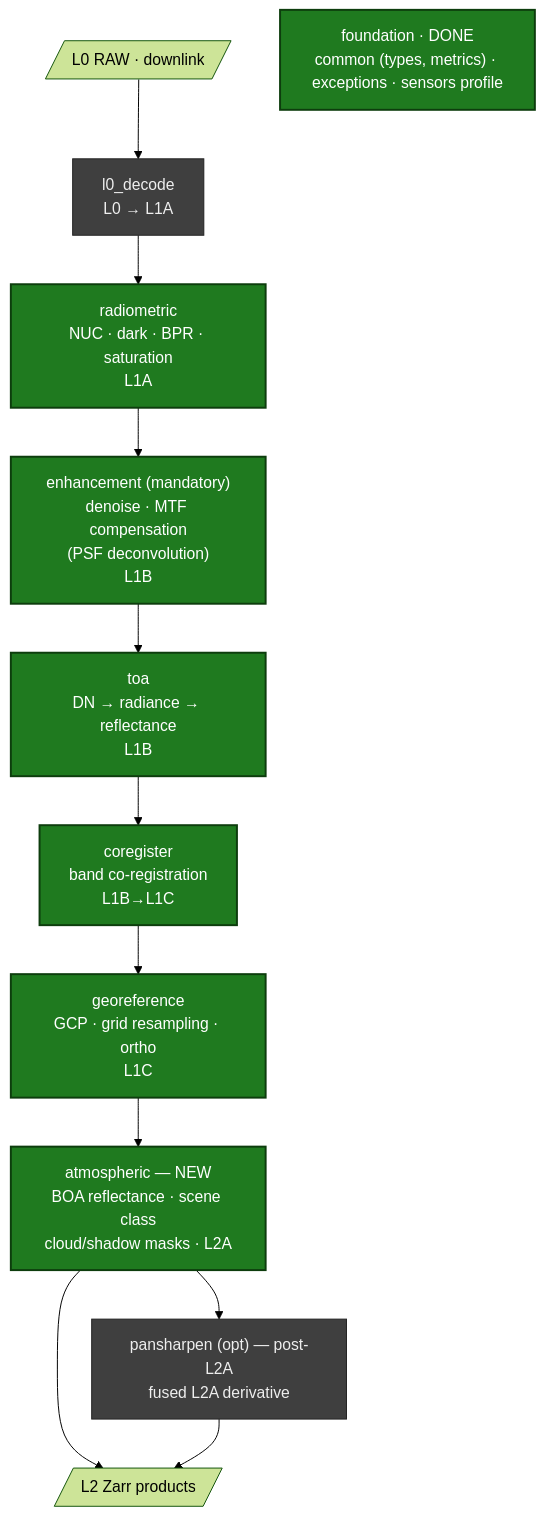
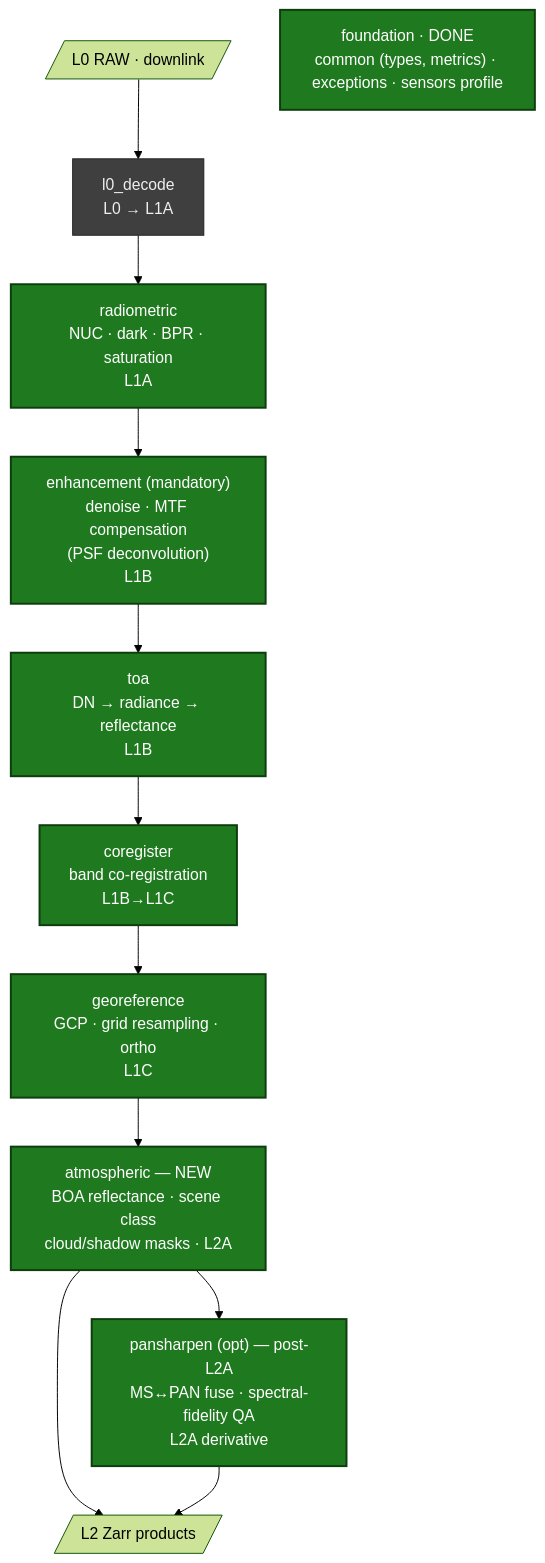
One commit to AstroCan17/msi-processor changed the diagram in README.md. Above: the diagram before and after it, drawn with Mermaid (forest theme). The commit also changed other lines of this file and 8 other files, not shown here.

````diff
--- a/README.md
+++ b/README.md
@@ -30,18 +30,18 @@
 ```mermaid
 flowchart TD
     RAW[/"L0 RAW · downlink"/] --> L0["l0_decode<br/>L0 → L1A"]:::todo
     L0 --> RAD["radiometric<br/>NUC · dark · BPR · saturation<br/>L1A"]:::done
     RAD --> ENH["enhancement (mandatory)<br/>denoise · MTF compensation<br/>(PSF deconvolution)<br/>L1B"]:::done
     ENH --> TOA["toa<br/>DN → radiance → reflectance<br/>L1B"]:::done
     TOA --> COR["coregister<br/>band co-registration<br/>L1B→L1C"]:::done
     COR --> GEO["georeference<br/>GCP · grid resampling · ortho<br/>L1C"]:::done
     GEO --> ATM["atmospheric — NEW<br/>BOA reflectance · scene class<br/>cloud/shadow masks · L2A"]:::done
     ATM --> PRD[/"L2 Zarr products"/]
-    ATM --> PAN["pansharpen (opt) — post-L2A<br/>fused L2A derivative"]:::todo
+    ATM --> PAN["pansharpen (opt) — post-L2A<br/>MS↔PAN fuse · spectral-fidelity QA<br/>L2A derivative"]:::done
     PAN --> PRD
 
     FOUND["foundation · DONE<br/>common (types, metrics) · exceptions · sensors profile"]:::done
 
     classDef done fill:#1f7a1f,color:#fff,stroke:#0d3d0d,stroke-width:2px;
     classDef todo fill:#3f3f3f,color:#eee,stroke:#222;
 ```
````
